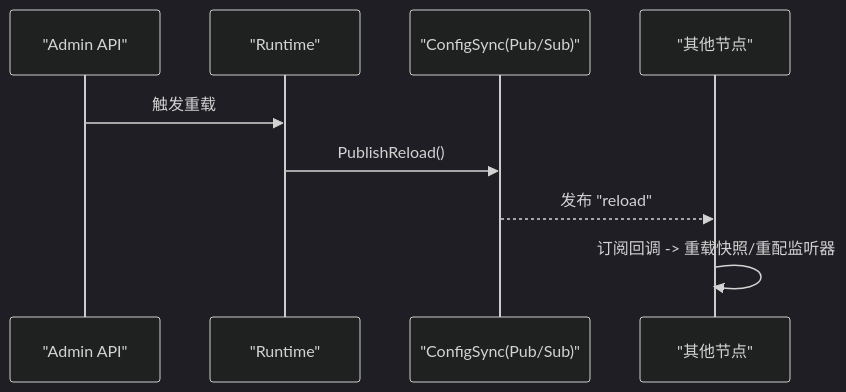
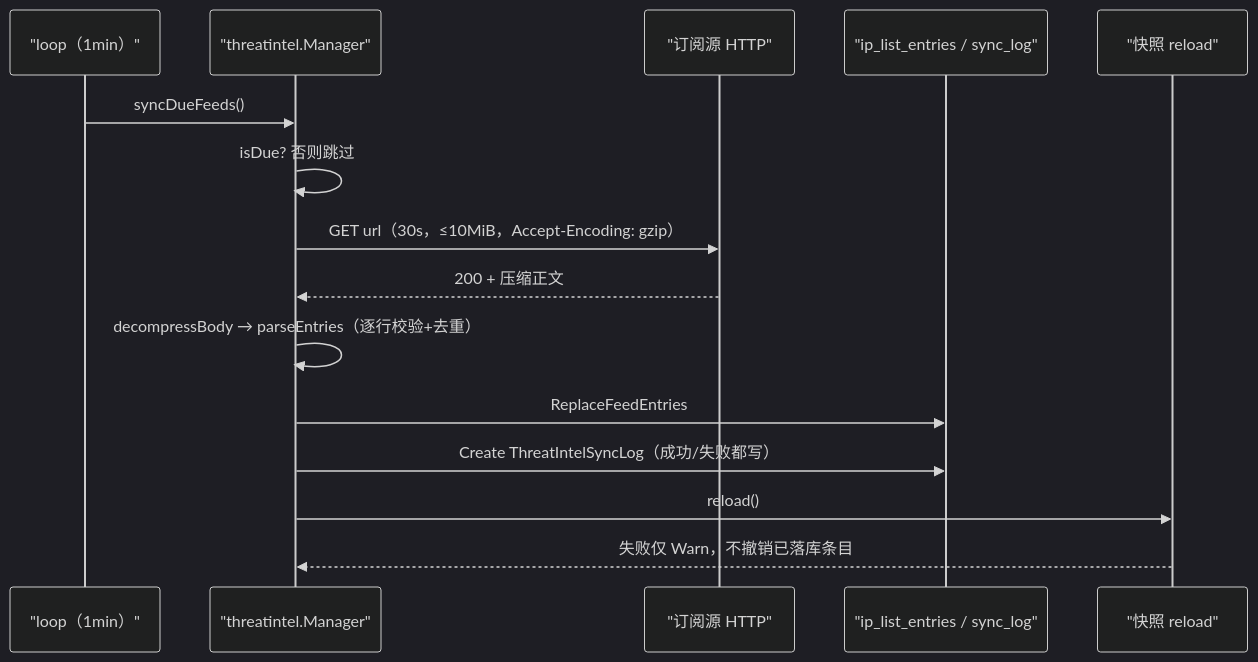
One commit to x01n/My-OpenWaf changed the fifth of 9 diagrams in docs/扩展与插件系统/第三方集成/第三方集成.md. Above: the diagram before and after it, drawn with Mermaid (dark theme). The commit also changed other lines of this file and 622 other files, not shown here.

````diff
--- a/docs/扩展与插件系统/第三方集成/第三方集成.md
+++ b/docs/扩展与插件系统/第三方集成/第三方集成.md
@@ -196,11 +378,17 @@
 ```mermaid
 sequenceDiagram
-participant Admin as "Admin API"
-participant RT as "Runtime"
-participant CS as "ConfigSync(Pub/Sub)"
-participant Nodes as "其他节点"
-Admin->>RT : 触发重载
-RT->>CS : PublishReload()
-CS-->>Nodes : 发布 "reload"
-Nodes->>Nodes : 订阅回调 -> 重载快照/重配监听器
+participant Tick as "loop（1min）"
+participant M as "threatintel.Manager"
+participant SRC as "订阅源 HTTP"
+participant DB as "ip_list_entries / sync_log"
+participant SNAP as "快照 reload"
+Tick->>M : syncDueFeeds()
+M->>M : isDue? 否则跳过
+M->>SRC : GET url（30s，≤10MiB，Accept-Encoding: gzip）
+SRC-->>M : 200 + 压缩正文
+M->>M : decompressBody → parseEntries（逐行校验+去重）
+M->>DB : ReplaceFeedEntries
+M->>DB : Create ThreatIntelSyncLog（成功/失败都写）
+M->>SNAP : reload()
+SNAP-->>M : 失败仅 Warn，不撤销已落库条目
 ```
````
